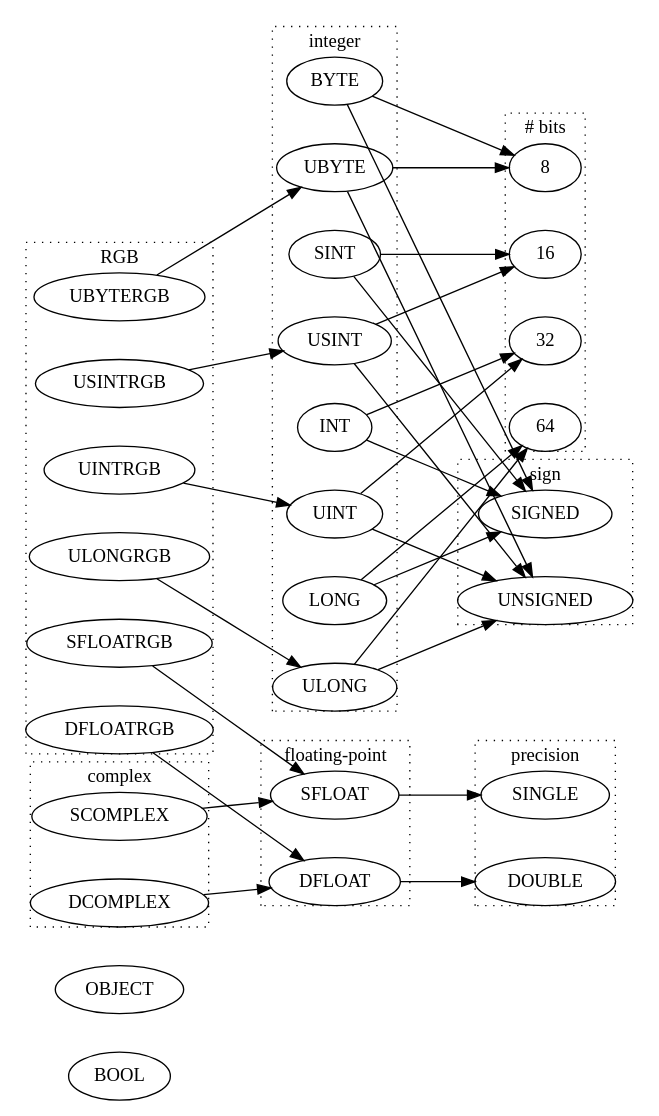
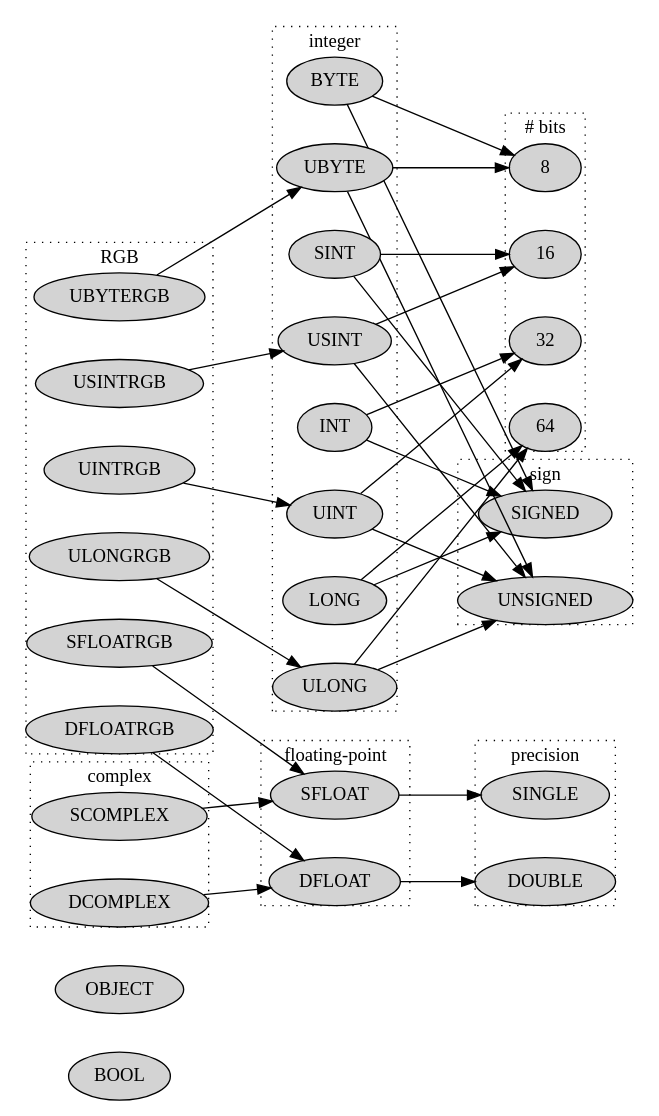
The diagram in wedekind_20131110_f02.dot (minotauros13/joser13), drawn with Graphviz before and after one commit. The commit also changed 1 other file, not shown here.

```diff
--- a/wedekind_20131110_f02.dot
+++ b/wedekind_20131110_f02.dot
@@ -1,69 +1,70 @@
 digraph int {
   margin = 0;
   nodesep = 0.4;
   rankdir = LR;
+  node [style = filled];
   splines = false;
   BOOL;
   OBJECT;
   BYTE -> 8;
   BYTE -> SIGNED;
   UBYTE -> 8;
   UBYTE -> UNSIGNED;
   SINT -> 16;
   SINT -> SIGNED;
   USINT -> 16;
   USINT -> UNSIGNED;
   INT -> 32;
   INT -> SIGNED;
   UINT -> 32;
   UINT -> UNSIGNED;
   LONG -> 64;
   LONG -> SIGNED;
   ULONG -> 64;
   ULONG -> UNSIGNED;
   SFLOAT -> SINGLE;
   DFLOAT -> DOUBLE;
   SCOMPLEX -> SFLOAT;
   DCOMPLEX -> DFLOAT;
   UBYTERGB -> UBYTE;
   USINTRGB -> USINT;
   UINTRGB -> UINT;
   ULONGRGB -> ULONG;
   SFLOATRGB -> SFLOAT;
   DFLOATRGB -> DFLOAT;
   subgraph clustersign {
     SIGNED; UNSIGNED;
     label="sign";
     graph[style=dotted];
   }
   subgraph clusterbits {
     8; 16; 32; 64;
     label="# bits";
     graph[style=dotted];
   }
   subgraph clusterprec {
     SINGLE; DOUBLE;
     label="precision";
     graph[style=dotted];
   }
   subgraph clusterint {
     BYTE; UBYTE; SINT; USINT; INT; UINT; LONG; ULONG;
     label="integer";
     graph[style=dotted];
   }
   subgraph clusterfloat {
     SFLOAT; DFLOAT;
     label="floating-point";
     graph[style=dotted];
   }
   subgraph clustercomplex {
     SCOMPLEX; DCOMPLEX;
     label="complex";
     graph[style=dotted];
   }
   subgraph clusterrgb {
     UBYTERGB; USINTRGB; UINTRGB; ULONGRGB; SFLOATRGB; DFLOATRGB;
     label="RGB";
     graph[style=dotted];
   }
 }
```
